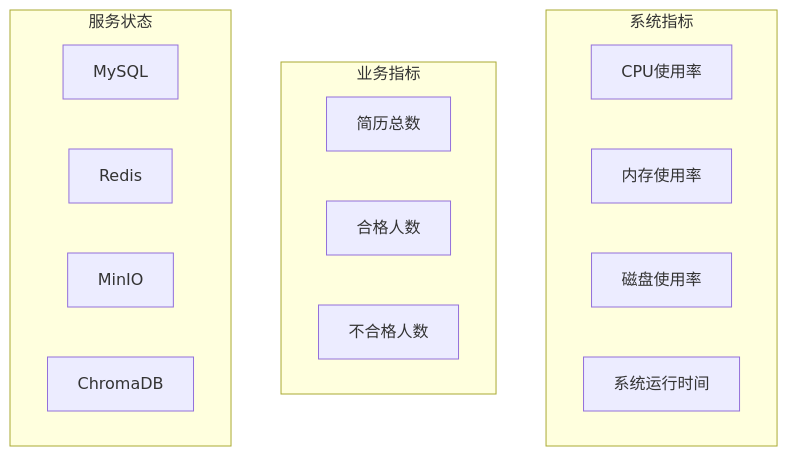
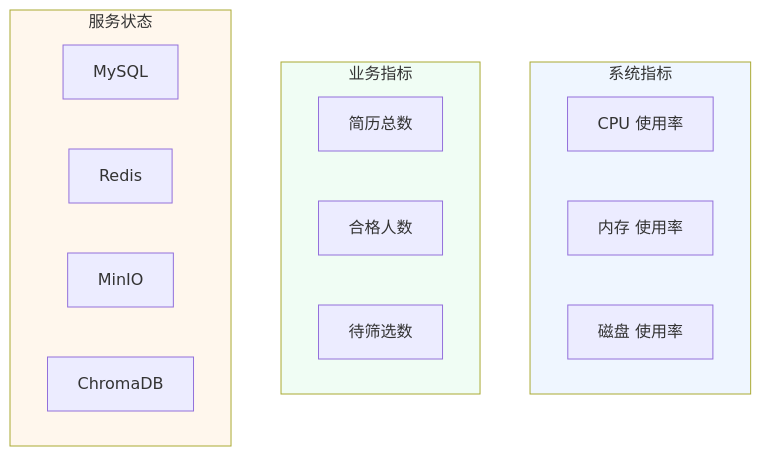
One commit to xt765/ResumeScreening changed the seventh of 8 diagrams in docs/usage.md. Above: the diagram before and after it, drawn with Mermaid. The commit also changed other lines of this file and 5 other files, not shown here.

Commit message:
refactor: remove similarity score and update documentation diagrams

````diff
--- a/docs/usage.md
+++ b/docs/usage.md
@@ -361,22 +378,25 @@
 ```mermaid
-graph TB
-    subgraph 系统指标
-        A[CPU使用率]
-        B[内存使用率]
-        C[磁盘使用率]
-        D[系统运行时间]
+graph TD
+    subgraph Metrics [系统指标]
+        A[CPU 使用率]
+        B[内存 使用率]
+        C[磁盘 使用率]
     end
     
-    subgraph 业务指标
-        E[简历总数]
-        F[合格人数]
-        G[不合格人数]
+    subgraph Business [业务指标]
+        D[简历总数]
+        E[合格人数]
+        F[待筛选数]
     end
     
-    subgraph 服务状态
-        H[MySQL]
-        I[Redis]
-        J[MinIO]
-        K[ChromaDB]
+    subgraph Service [服务状态]
+        G[MySQL]
+        H[Redis]
+        I[MinIO]
+        J[ChromaDB]
     end
+    
+    style Metrics fill:#eff6ff
+    style Business fill:#f0fdf4
+    style Service fill:#fff7ed
 ```
````
